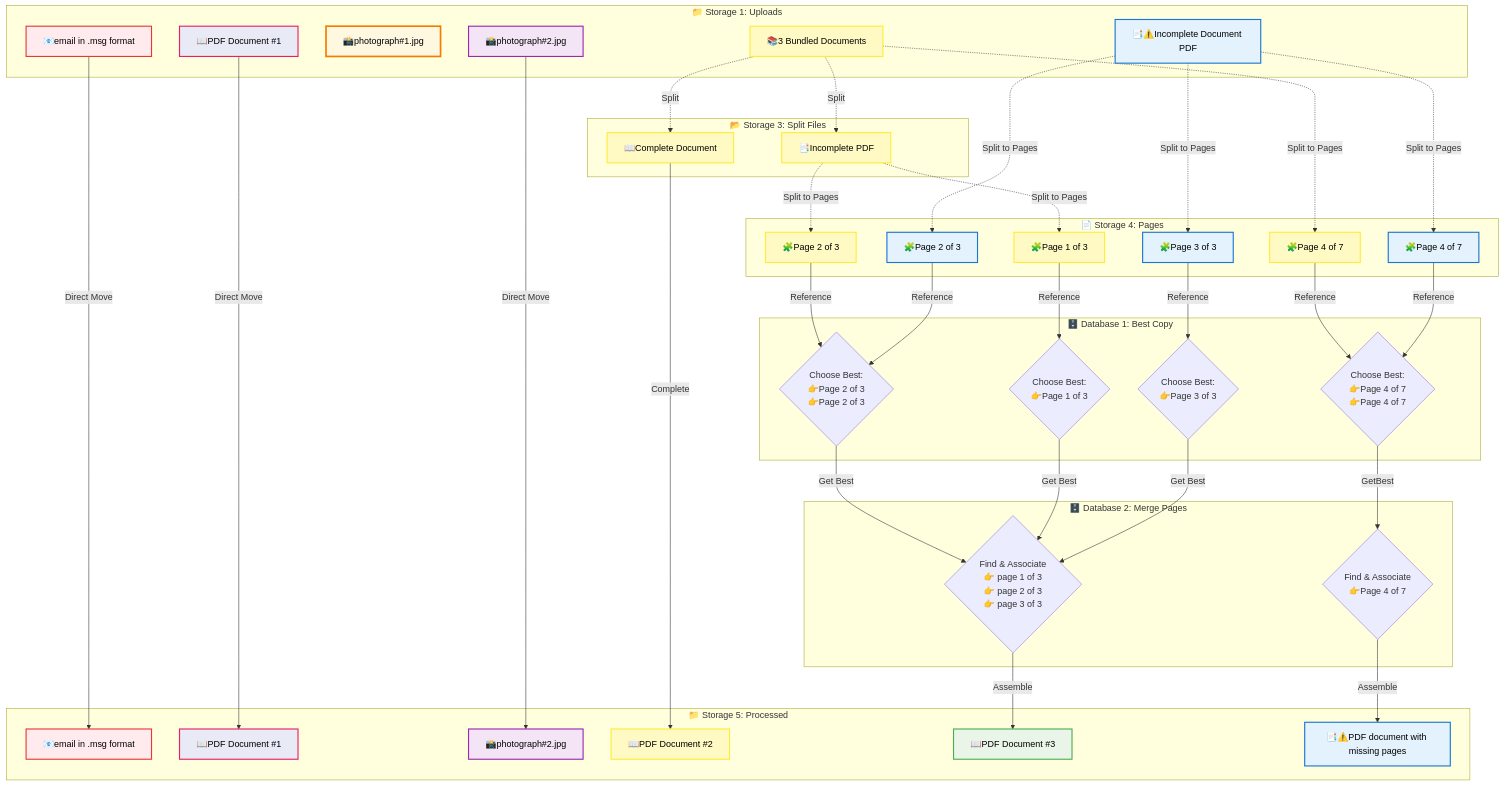
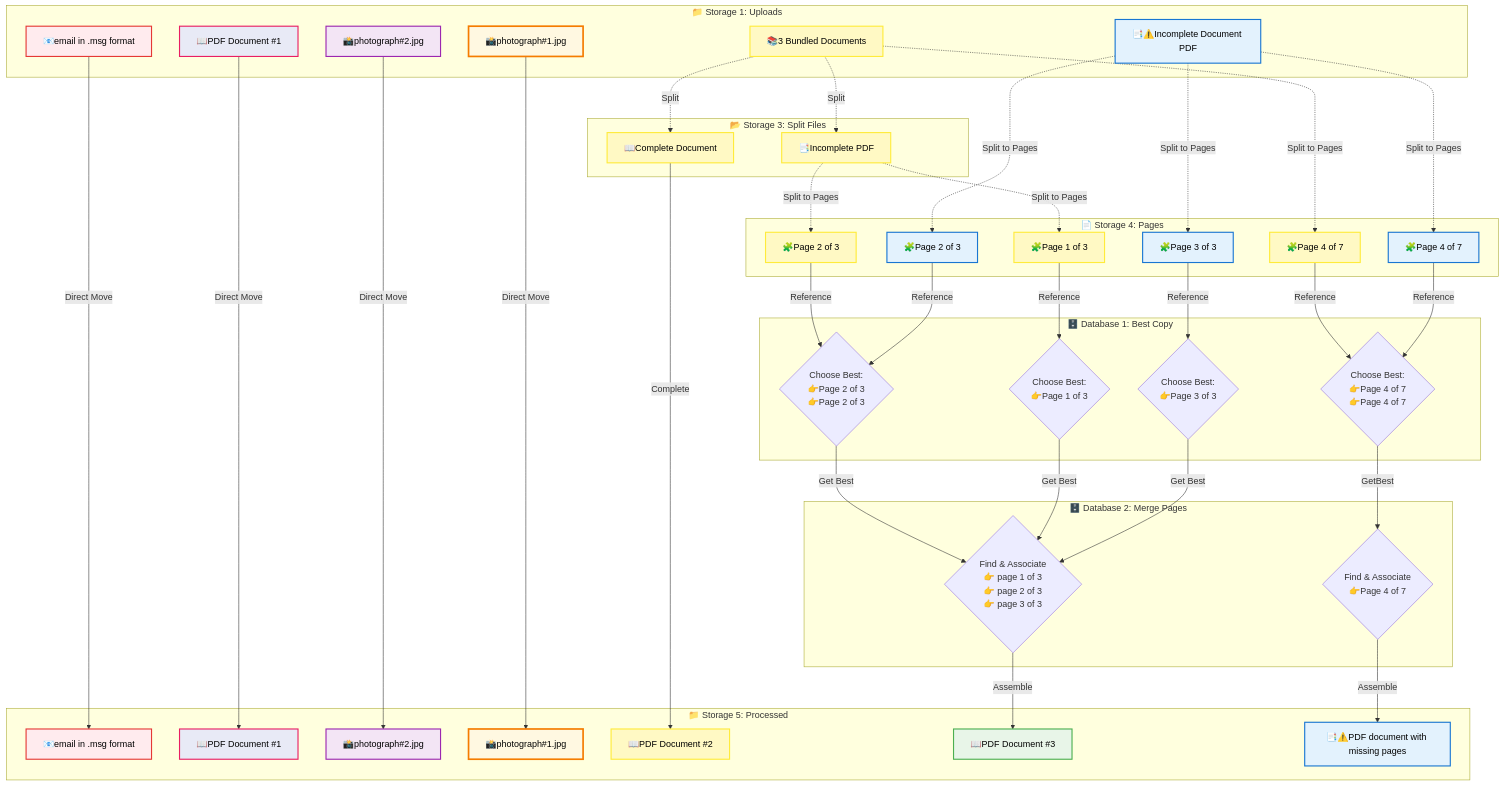
One commit to Mharbulous/Bookkeeper changed the diagram in docs/Document-Processing-Workflow.md. Above: the diagram before and after it, drawn with Mermaid.

Commit message:
experiment

````diff
--- a/docs/Document-Processing-Workflow.md
+++ b/docs/Document-Processing-Workflow.md
@@ -47,6 +47,7 @@
         EmailProcessed["📧email in .msg format"]
         CompleteRaw["📖PDF Document #1"]
         OnePageComplete["📸photograph#2.jpg"]
+        PhotoProcessed["📸photograph#1.jpg"]
         CompleteSplit["📖PDF Document #2"]
         CompleteMerged["📖PDF Document #3"]
         IncompleteFinal["📑⚠️PDF document with missing pages"]
@@ -64,6 +65,7 @@
     SingleUpload -->|Direct Move| EmailProcessed
     PdfUpload -->|Direct Move| CompleteRaw
     OnePageUpload -->|Direct Move| OnePageComplete
+    PhotoOfDoc -->|Direct Move| PhotoProcessed
 
 
     Bundle -.->|Split| DocA
@@ -139,8 +141,10 @@
     class OnePageUpload onePageDocFamily
     class SingleUpload singleDocFamily
     class IncompleteUpload incompleteDocFamily
+    class Bundle bundleDocFamily
+    class Incomplete incompleteDocFamily
 
-    %% Photo Document #2 Family (Light Pink)
-    class PhotoOfDoc photoTwoFamily
+    %% Photo Document #2 Family (Light Amber)
+    class PhotoOfDoc,PhotoProcessed photoTwoFamily
 
 ```
````
